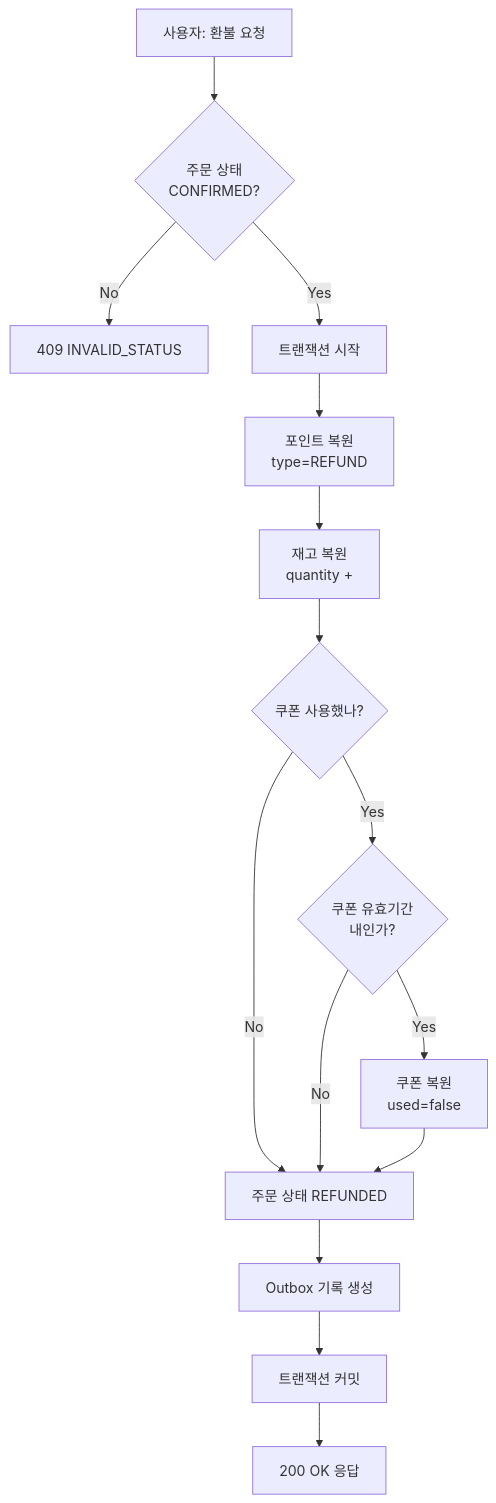
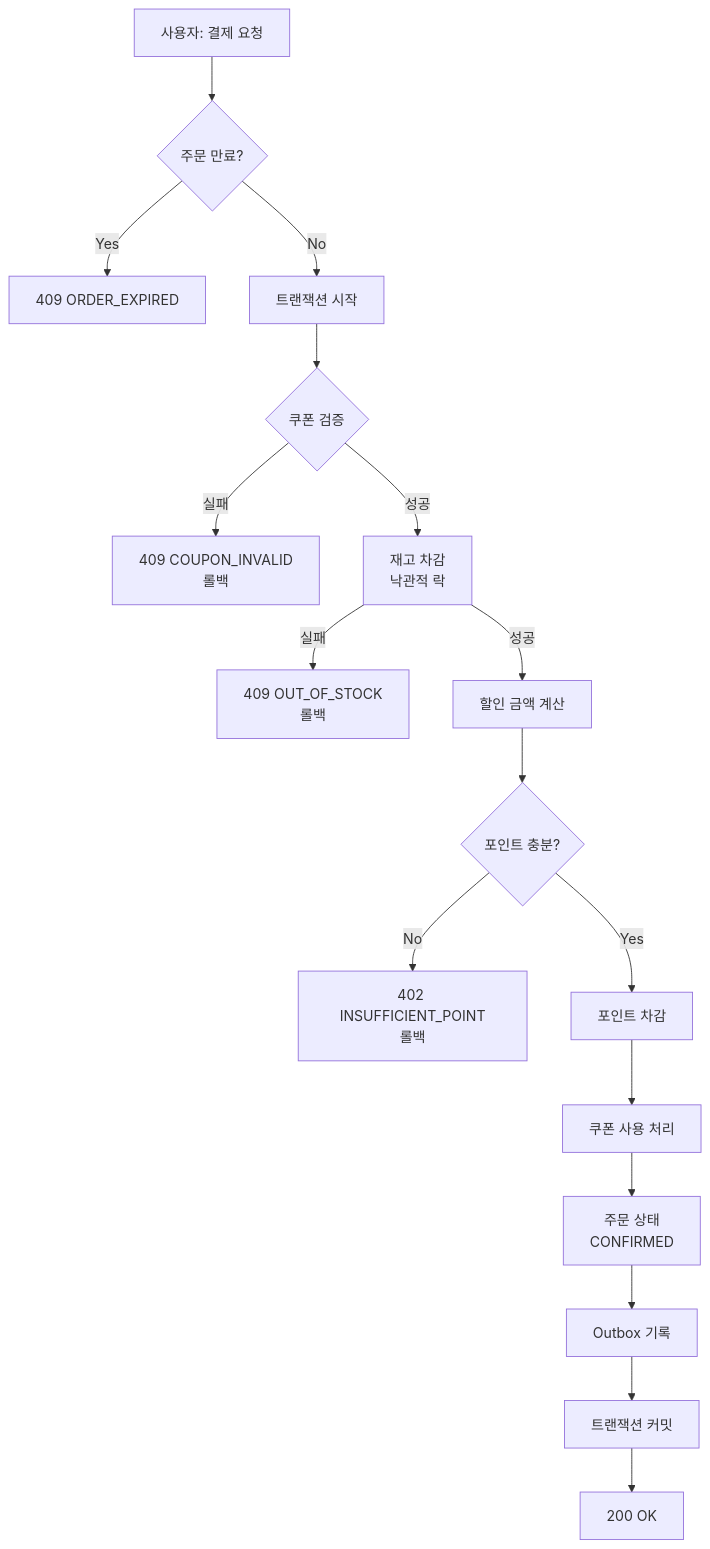
The diagram in docs/requirements.md (2-seulgi/hhplus-ecommerce), drawn with Mermaid before and after one commit. The commit also changed other lines of this file, not shown here.

Commit message:
docs(requirements): 문구/플로우 정리

````diff
--- a/docs/requirements.md
+++ b/docs/requirements.md
@@ -183,17 +82,23 @@
 ```mermaid
 flowchart TD
-    A[사용자: 환불 요청] --> B{주문 상태<br/>CONFIRMED?}
-    B -->|No| X1[409 INVALID_STATUS]
-    B -->|Yes| C[트랜잭션 시작]
-    C --> D[포인트 복원<br/>type=REFUND]
-    D --> E[재고 복원<br/>quantity +]
-    E --> F{쿠폰 사용했나?}
-    F -->|Yes| G{쿠폰 유효기간<br/>내인가?}
-    F -->|No| H[주문 상태 REFUNDED]
-    G -->|Yes| I[쿠폰 복원<br/>used=false]
-    G -->|No| H
-    I --> H
-    H --> J[Outbox 기록 생성]
-    J --> K[트랜잭션 커밋]
-    K --> L[200 OK 응답]
+    A[사용자: 결제 요청] --> B{주문 만료?}
+    B -->|Yes| X1[409 ORDER_EXPIRED]
+    B -->|No| C[트랜잭션 시작]
+
+    C --> D{쿠폰 검증}
+    D -->|실패| X2[409 COUPON_INVALID<br/>롤백]
+    D -->|성공| E[재고 차감<br/>낙관적 락]
+
+    E -->|실패| X3[409 OUT_OF_STOCK<br/>롤백]
+    E -->|성공| F[할인 금액 계산]
+
+    F --> G{포인트 충분?}
+    G -->|No| X4[402 INSUFFICIENT_POINT<br/>롤백]
+    G -->|Yes| H[포인트 차감]
+
+    H --> I[쿠폰 사용 처리]
+    I --> J[주문 상태<br/>CONFIRMED]
+    J --> K[Outbox 기록]
+    K --> L[트랜잭션 커밋]
+    L --> M[200 OK]
 ```
````
